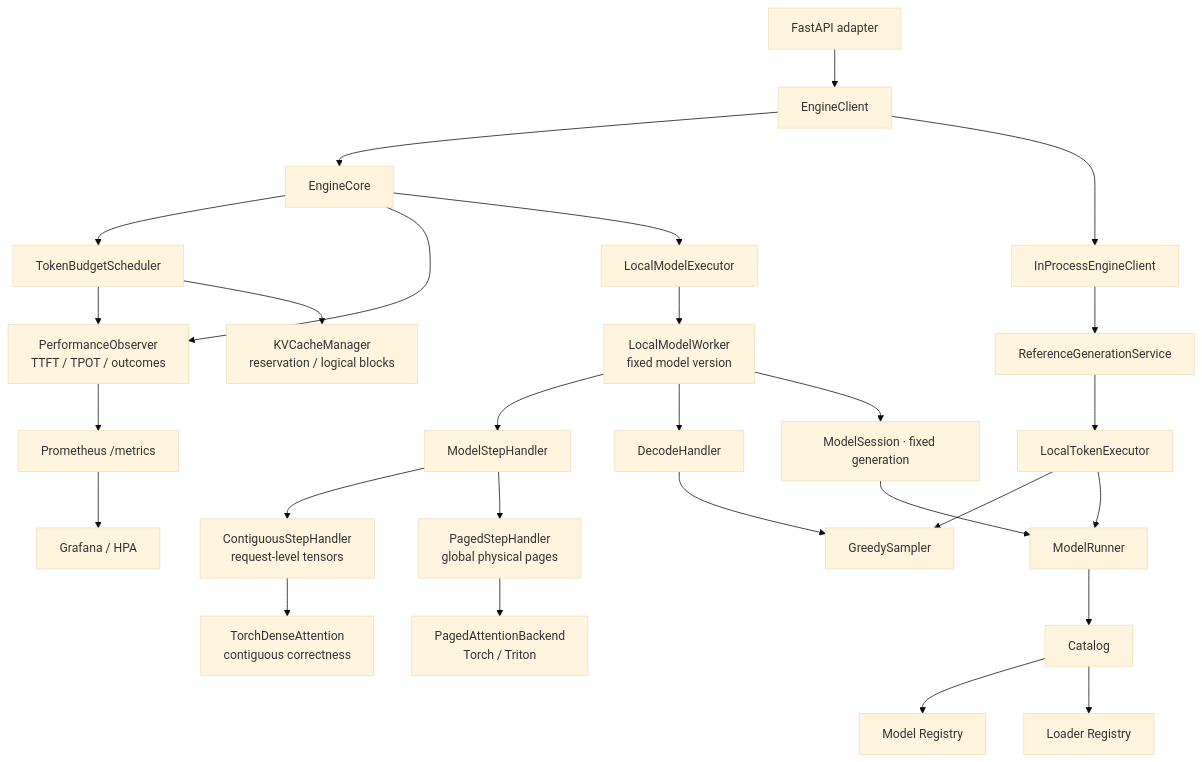
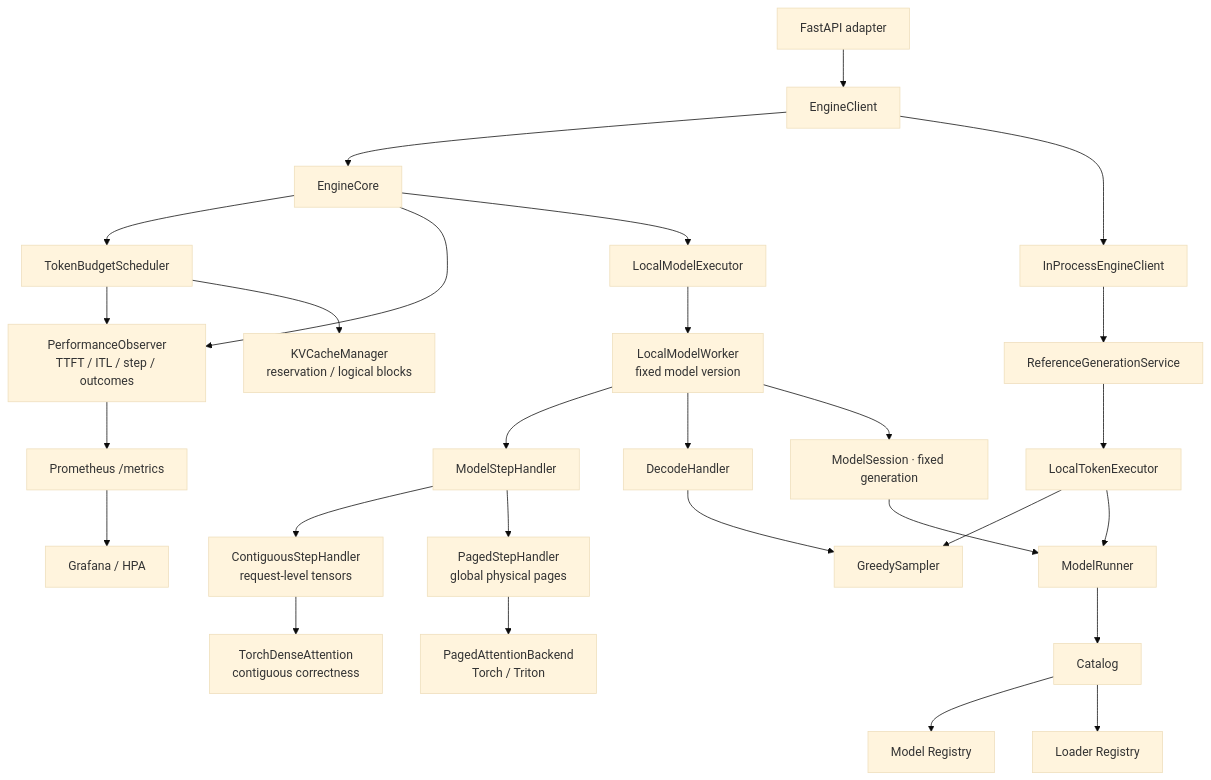
The first of 3 diagrams in docs/design.md (poorpaper/light-vllm), drawn with Mermaid (base theme) before and after one commit. The commit also changed other lines of this file and 26 other files, not shown here.

````diff
--- a/docs/design.md
+++ b/docs/design.md
@@ -60,33 +60,33 @@
 ```mermaid
 flowchart TB
     HTTP["FastAPI adapter"] --> Client["EngineClient"]
 
     Client --> Core["EngineCore"]
     Client --> Bridge["InProcessEngineClient"]
     Bridge --> Reference["ReferenceGenerationService"]
 
     Core --> Scheduler["TokenBudgetScheduler"]
-    Core --> Observer["PerformanceObserver<br/>TTFT / TPOT / outcomes"]
+    Core --> Observer["PerformanceObserver<br/>TTFT / ITL / step / outcomes"]
     Scheduler --> Observer
     Observer --> Metrics["Prometheus /metrics"]
     Metrics --> Grafana["Grafana / HPA"]
     Scheduler --> LogicalKV["KVCacheManager<br/>reservation / logical blocks"]
     Core --> Executor["LocalModelExecutor"]
     Executor --> Worker["LocalModelWorker<br/>fixed model version"]
     Worker --> Step["ModelStepHandler"]
     Worker --> Decode["DecodeHandler"]
     Step --> Contiguous["ContiguousStepHandler<br/>request-level tensors"]
     Step --> Paged["PagedStepHandler<br/>global physical pages"]
     Contiguous --> Dense["TorchDenseAttention<br/>contiguous correctness"]
     Paged --> Attention["PagedAttentionBackend<br/>Torch / Triton"]
     Decode --> Sampler["GreedySampler"]
     Reference --> TokenExecutor["LocalTokenExecutor"]
     TokenExecutor --> Sampler
 
     Worker --> Session["ModelSession · fixed generation"]
     Session --> Runner["ModelRunner"]
     TokenExecutor --> Runner
     Runner --> Catalog["Catalog"]
     Catalog --> Models["Model Registry"]
     Catalog --> Loaders["Loader Registry"]
 ```
````
